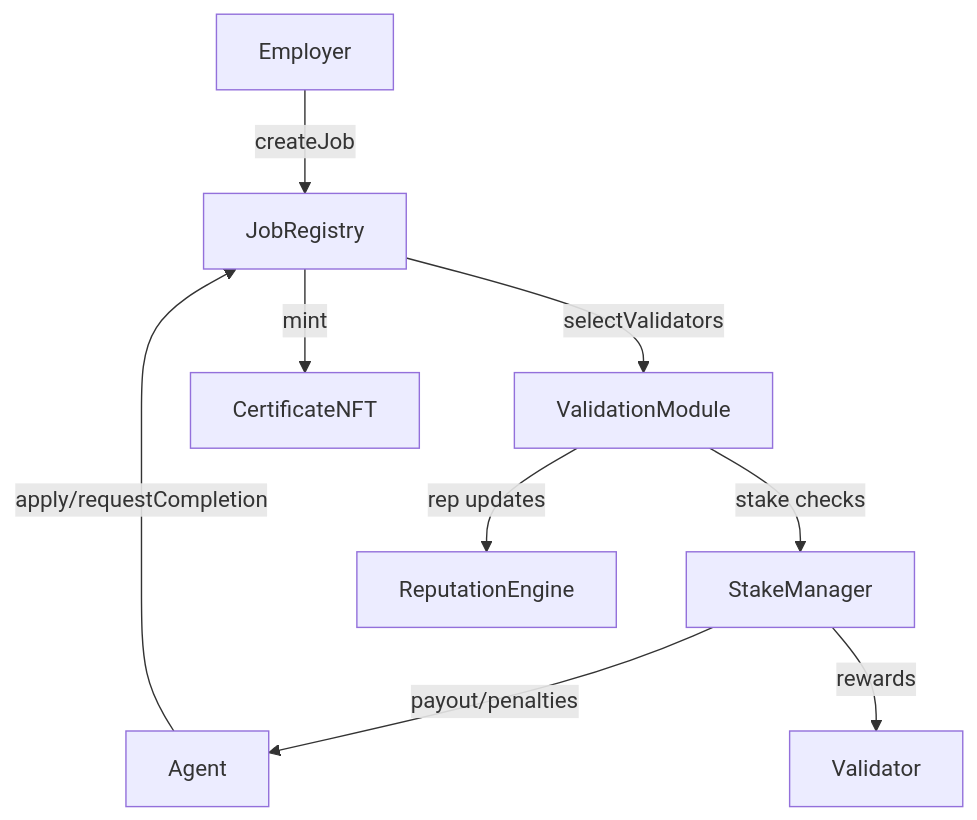
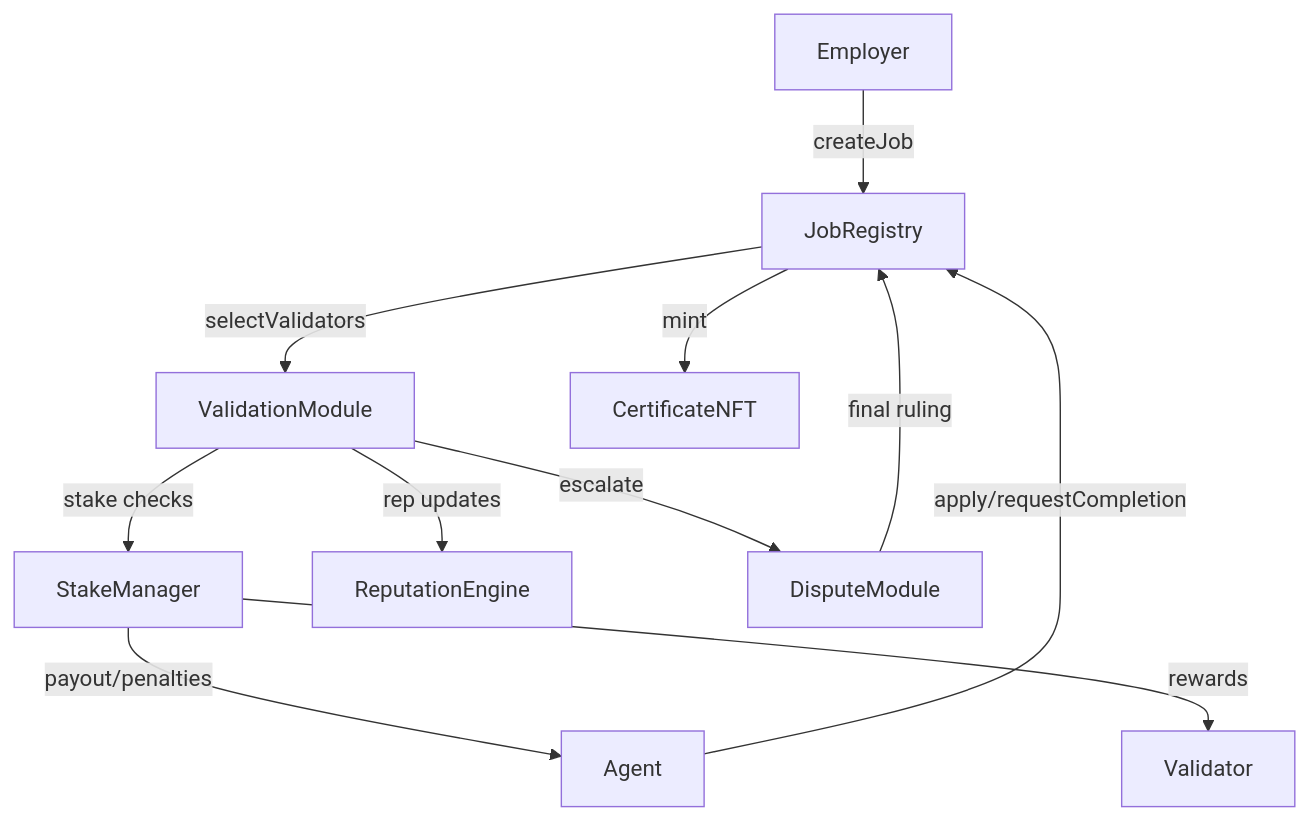
One commit to MontrealAI/AGIJobsv0 changed the first of 2 diagrams in docs/architecture-v2.md. Above: the diagram before and after it, drawn with Mermaid. The commit also changed other lines of this file and 2 other files, not shown here.

Commit message:
feat: add dispute module interface

````diff
--- a/docs/architecture-v2.md
+++ b/docs/architecture-v2.md
@@ -14,11 +15,13 @@
 ```mermaid
 graph TD
     Employer -->|createJob| JobRegistry
     Agent -->|apply/requestCompletion| JobRegistry
     JobRegistry -->|selectValidators| ValidationModule
     ValidationModule -->|stake checks| StakeManager
     ValidationModule -->|rep updates| ReputationEngine
+    ValidationModule -->|escalate| DisputeModule
+    DisputeModule -->|final ruling| JobRegistry
     JobRegistry -->|mint| CertificateNFT
     StakeManager -->|payout/penalties| Agent
     StakeManager -->|rewards| Validator
 ```
````
